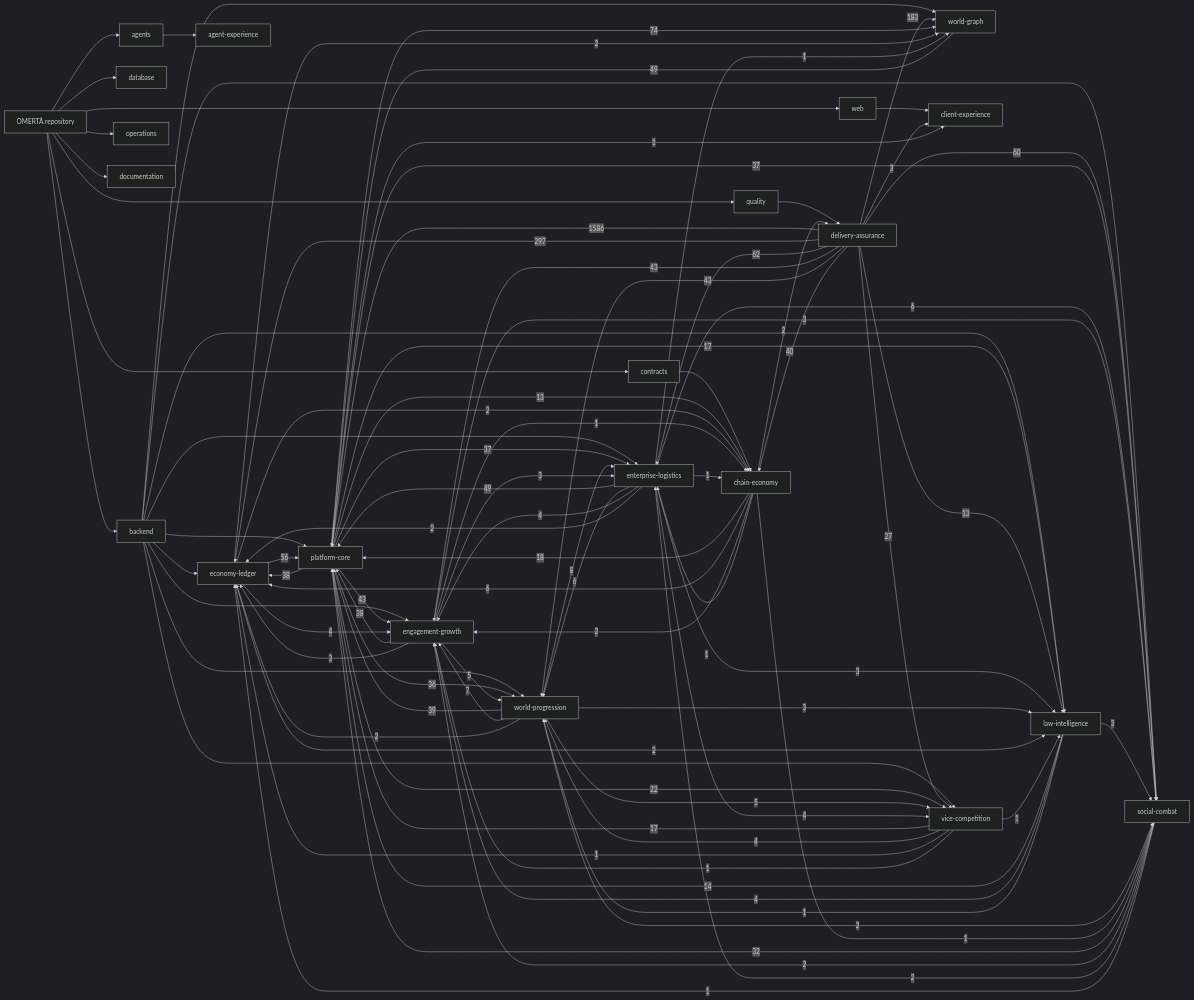
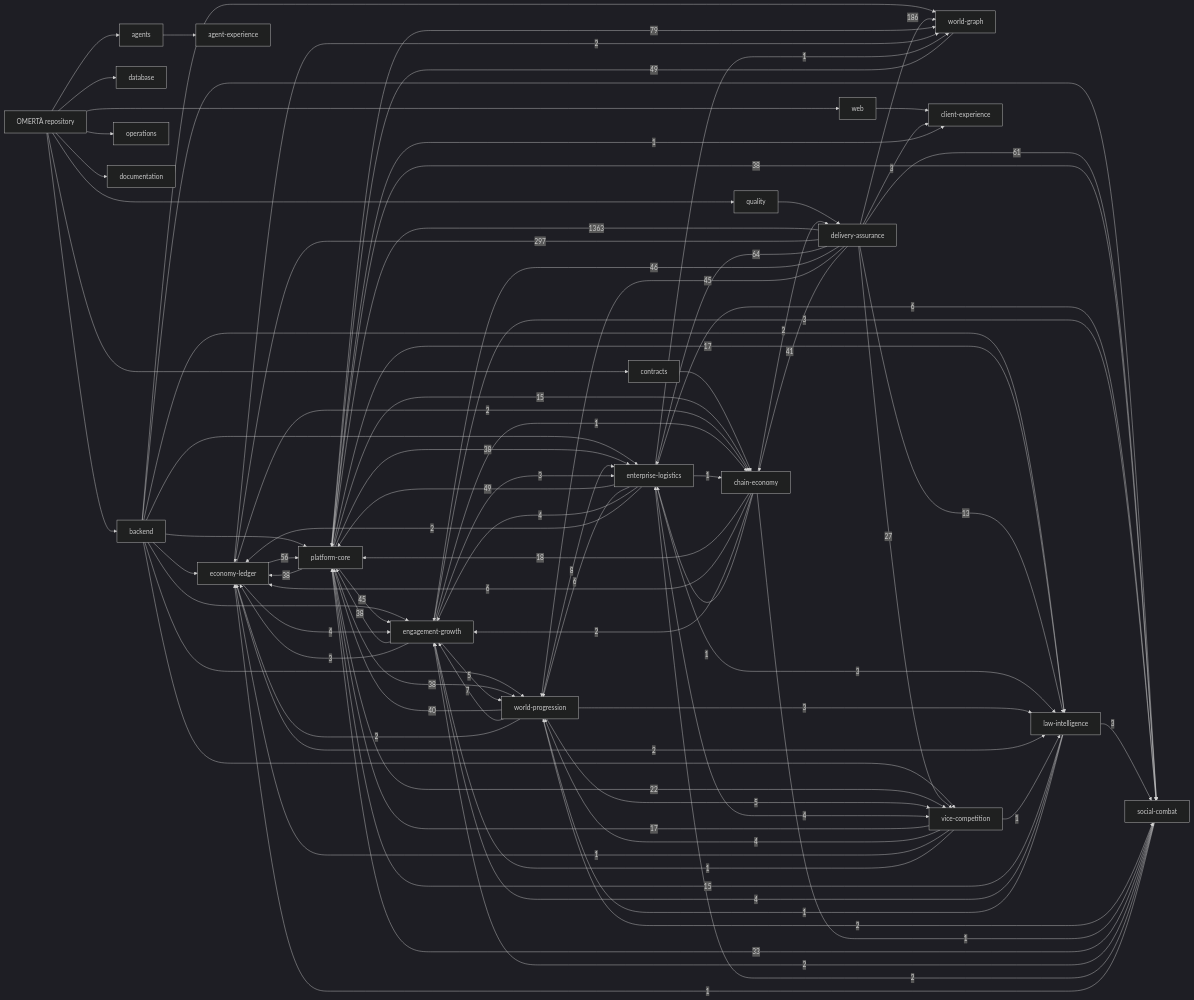
Before and after one commit to OmertaDev/Omerta: the diagram in knowledge/generated/graph.mmd, drawn with Mermaid (dark theme). The commit also changed 9 other files, not shown here.

```diff
--- a/knowledge/generated/graph.mmd
+++ b/knowledge/generated/graph.mmd
@@ -1,112 +1,112 @@
 flowchart LR
   repo["OMERTÀ repository"]
   sub_backend["backend"]
   repo --> sub_backend
   sub_database["database"]
   repo --> sub_database
   sub_web["web"]
   repo --> sub_web
   sub_contracts["contracts"]
   repo --> sub_contracts
   sub_agents["agents"]
   repo --> sub_agents
   sub_quality["quality"]
   repo --> sub_quality
   sub_operations["operations"]
   repo --> sub_operations
   sub_documentation["documentation"]
   repo --> sub_documentation
   dom_platform-core["platform-core"]
   dom_economy-ledger["economy-ledger"]
   dom_social-combat["social-combat"]
   dom_world-progression["world-progression"]
   dom_world-graph["world-graph"]
   dom_enterprise-logistics["enterprise-logistics"]
   dom_vice-competition["vice-competition"]
   dom_law-intelligence["law-intelligence"]
   dom_chain-economy["chain-economy"]
   dom_engagement-growth["engagement-growth"]
   dom_client-experience["client-experience"]
   dom_agent-experience["agent-experience"]
   dom_delivery-assurance["delivery-assurance"]
   sub_agents --> dom_agent-experience
   sub_backend --> dom_economy-ledger
   sub_backend --> dom_engagement-growth
   sub_backend --> dom_enterprise-logistics
   sub_backend --> dom_law-intelligence
   sub_backend --> dom_platform-core
   sub_backend --> dom_social-combat
   sub_backend --> dom_vice-competition
   sub_backend --> dom_world-graph
   sub_backend --> dom_world-progression
   sub_contracts --> dom_chain-economy
   sub_quality --> dom_delivery-assurance
   sub_web --> dom_client-experience
-  dom_delivery-assurance -->|1586| dom_platform-core
+  dom_delivery-assurance -->|1363| dom_platform-core
   dom_delivery-assurance -->|297| dom_economy-ledger
-  dom_delivery-assurance -->|183| dom_world-graph
-  dom_platform-core -->|74| dom_world-graph
-  dom_delivery-assurance -->|62| dom_enterprise-logistics
-  dom_delivery-assurance -->|60| dom_social-combat
+  dom_delivery-assurance -->|186| dom_world-graph
+  dom_platform-core -->|79| dom_world-graph
+  dom_delivery-assurance -->|64| dom_enterprise-logistics
+  dom_delivery-assurance -->|61| dom_social-combat
   dom_economy-ledger -->|56| dom_platform-core
   dom_enterprise-logistics -->|49| dom_platform-core
   dom_world-graph -->|49| dom_platform-core
-  dom_delivery-assurance -->|43| dom_engagement-growth
-  dom_delivery-assurance -->|43| dom_world-progression
-  dom_platform-core -->|43| dom_engagement-growth
-  dom_delivery-assurance -->|40| dom_chain-economy
-  dom_world-progression -->|39| dom_platform-core
+  dom_delivery-assurance -->|46| dom_engagement-growth
+  dom_delivery-assurance -->|45| dom_world-progression
+  dom_platform-core -->|45| dom_engagement-growth
+  dom_delivery-assurance -->|41| dom_chain-economy
+  dom_world-progression -->|40| dom_platform-core
   dom_engagement-growth -->|38| dom_platform-core
   dom_platform-core -->|38| dom_economy-ledger
-  dom_platform-core -->|37| dom_enterprise-logistics
-  dom_platform-core -->|37| dom_social-combat
-  dom_platform-core -->|36| dom_world-progression
-  dom_social-combat -->|32| dom_platform-core
+  dom_platform-core -->|38| dom_enterprise-logistics
+  dom_platform-core -->|38| dom_social-combat
+  dom_platform-core -->|38| dom_world-progression
+  dom_social-combat -->|33| dom_platform-core
   dom_delivery-assurance -->|27| dom_vice-competition
   dom_platform-core -->|22| dom_vice-competition
   dom_chain-economy -->|18| dom_platform-core
   dom_platform-core -->|17| dom_law-intelligence
   dom_vice-competition -->|17| dom_platform-core
-  dom_law-intelligence -->|14| dom_platform-core
+  dom_law-intelligence -->|15| dom_platform-core
+  dom_platform-core -->|15| dom_chain-economy
   dom_delivery-assurance -->|13| dom_law-intelligence
-  dom_platform-core -->|13| dom_chain-economy
   dom_world-progression -->|8| dom_enterprise-logistics
   dom_world-progression -->|7| dom_engagement-growth
   dom_chain-economy -->|6| dom_economy-ledger
   dom_enterprise-logistics -->|6| dom_social-combat
   dom_enterprise-logistics -->|6| dom_world-progression
   dom_engagement-growth -->|5| dom_world-progression
   dom_world-progression -->|5| dom_vice-competition
   dom_economy-ledger -->|4| dom_engagement-growth
   dom_enterprise-logistics -->|4| dom_engagement-growth
   dom_enterprise-logistics -->|4| dom_vice-competition
   dom_law-intelligence -->|4| dom_engagement-growth
   dom_vice-competition -->|4| dom_world-progression
   dom_delivery-assurance -->|3| dom_client-experience
   dom_engagement-growth -->|3| dom_economy-ledger
   dom_engagement-growth -->|3| dom_enterprise-logistics
   dom_engagement-growth -->|3| dom_social-combat
   dom_enterprise-logistics -->|3| dom_law-intelligence
   dom_law-intelligence -->|3| dom_social-combat
   dom_world-progression -->|3| dom_law-intelligence
   dom_chain-economy -->|2| dom_delivery-assurance
   dom_chain-economy -->|2| dom_engagement-growth
   dom_economy-ledger -->|2| dom_chain-economy
   dom_economy-ledger -->|2| dom_law-intelligence
   dom_economy-ledger -->|2| dom_world-graph
   dom_enterprise-logistics -->|2| dom_economy-ledger
   dom_social-combat -->|2| dom_engagement-growth
   dom_social-combat -->|2| dom_enterprise-logistics
   dom_world-progression -->|2| dom_economy-ledger
   dom_world-progression -->|2| dom_social-combat
   dom_chain-economy -->|1| dom_enterprise-logistics
   dom_chain-economy -->|1| dom_social-combat
   dom_engagement-growth -->|1| dom_chain-economy
   dom_enterprise-logistics -->|1| dom_chain-economy
   dom_enterprise-logistics -->|1| dom_world-graph
   dom_law-intelligence -->|1| dom_world-progression
   dom_platform-core -->|1| dom_client-experience
   dom_social-combat -->|1| dom_economy-ledger
   dom_vice-competition -->|1| dom_economy-ledger
   dom_vice-competition -->|1| dom_engagement-growth
   dom_vice-competition -->|1| dom_law-intelligence
```
